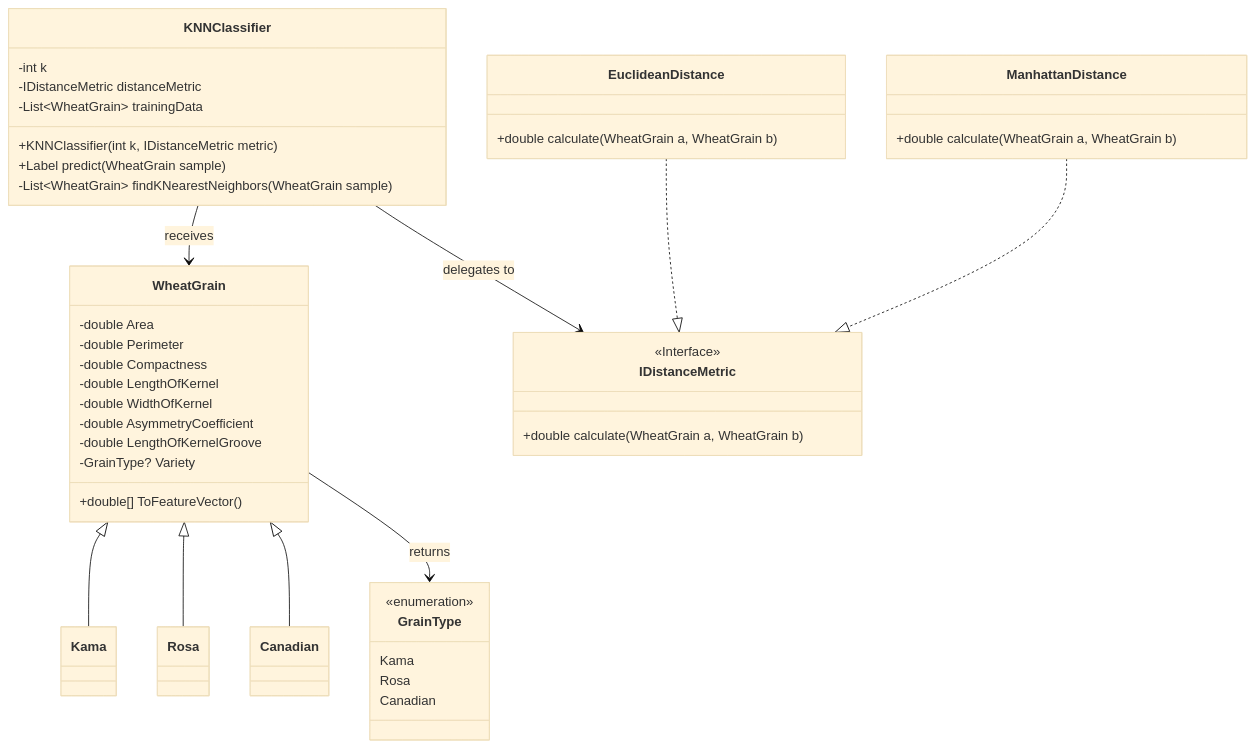
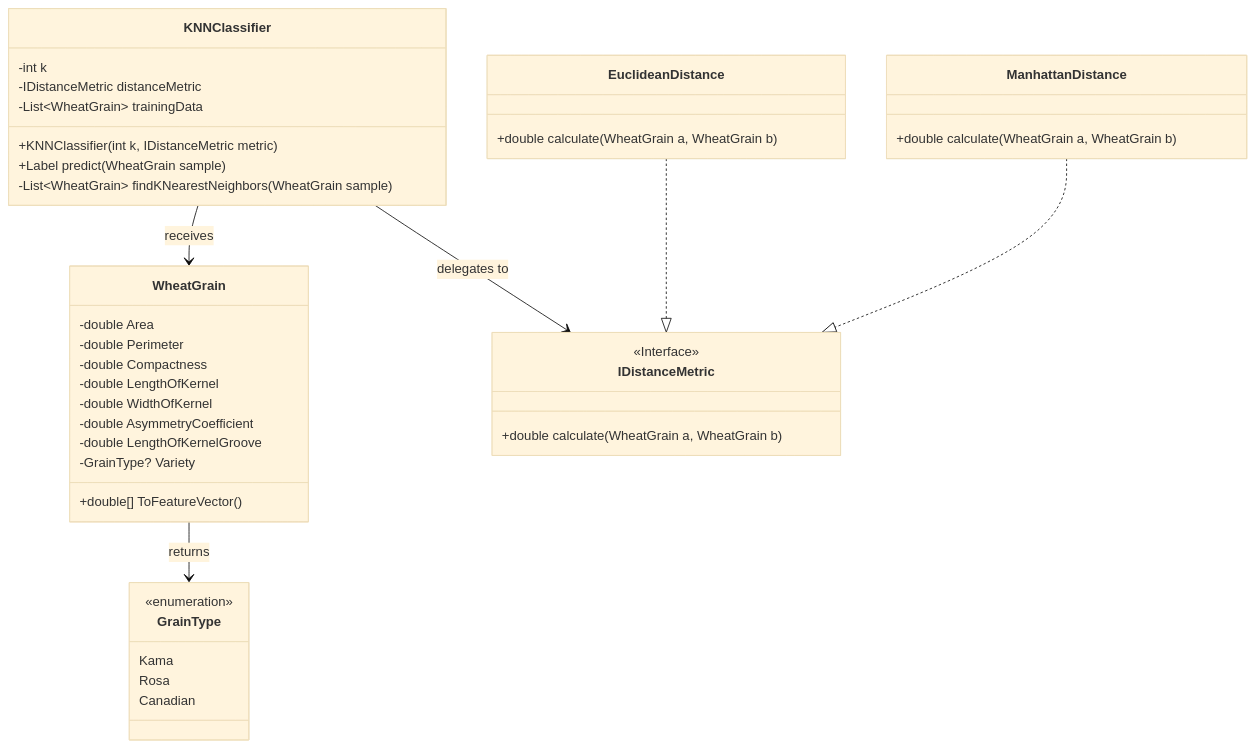
One commit to Lil-Code30/WheatGrainClassifier changed the first of 2 diagrams in README.md. Above: the diagram before and after it, drawn with Mermaid (base theme).

Commit message:
feat : k-NN classification UML model v1.1.1

````diff
--- a/README.md
+++ b/README.md
@@ -18,54 +18,51 @@
 ```mermaid
 classDiagram
     class KNNClassifier {
         -int k
         -IDistanceMetric distanceMetric
         -List~WheatGrain~ trainingData
         +KNNClassifier(int k, IDistanceMetric metric)
         +Label predict(WheatGrain sample)
         -List~WheatGrain~ findKNearestNeighbors(WheatGrain sample)
     }
 
     class WheatGrain {
         -double Area
         -double Perimeter
         -double Compactness
         -double LengthOfKernel
         -double WidthOfKernel
         -double AsymmetryCoefficient
         -double LengthOfKernelGroove
         -GrainType? Variety
         +double[] ToFeatureVector()
         
     }
 
     class GrainType {
         <<enumeration>>
         Kama
         Rosa
         Canadian
     }
 
     class IDistanceMetric {
         <<Interface>>
         +double calculate(WheatGrain a, WheatGrain b)
     }
 
     class EuclideanDistance {
         +double calculate(WheatGrain a, WheatGrain b)
     }
 
     class ManhattanDistance {
         +double calculate(WheatGrain a, WheatGrain b)
     }
 
   
     KNNClassifier --> IDistanceMetric : delegates to
     KNNClassifier --> WheatGrain : receives
     EuclideanDistance ..|> IDistanceMetric
     ManhattanDistance ..|> IDistanceMetric
-    WheatGrain <|-- Kama
-    WheatGrain <|-- Rosa
-    WheatGrain <|-- Canadian
     WheatGrain --> GrainType : returns
 ```
````
